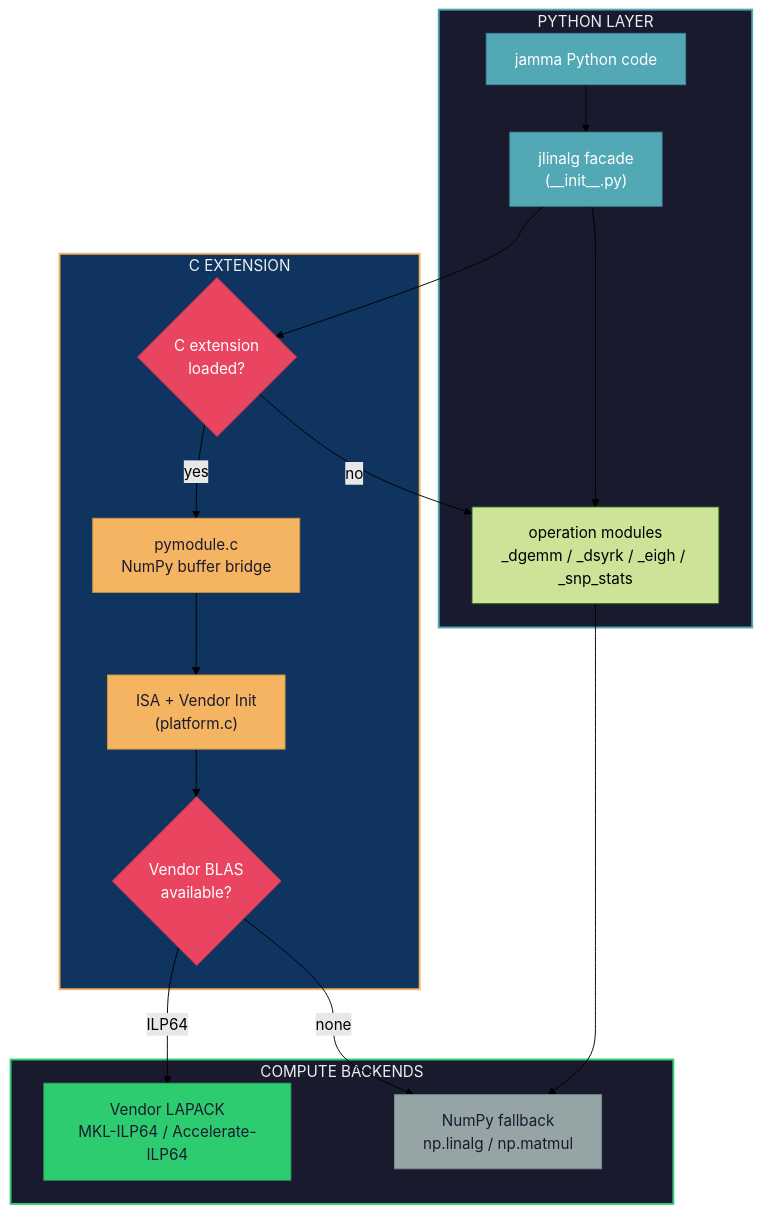
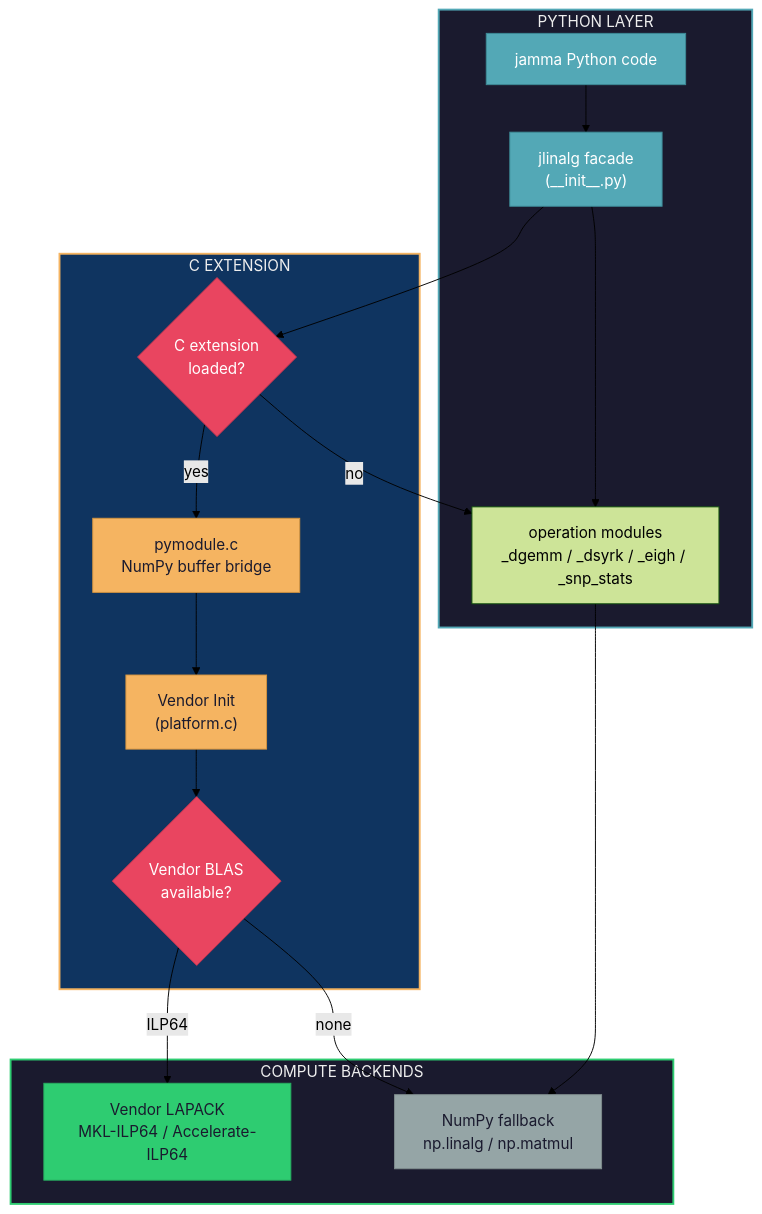
The first of 2 diagrams in docs/JLINALG_ARCHITECTURE.md (michael-denyer/jamma), drawn with Mermaid (forest theme) before and after one commit. The commit also changed other lines of this file and 6 other files, not shown here.

````diff
--- a/docs/JLINALG_ARCHITECTURE.md
+++ b/docs/JLINALG_ARCHITECTURE.md
@@ -13,43 +13,43 @@
 ```mermaid
 graph TD
     subgraph PYTHON["PYTHON LAYER"]
         A["jamma Python code"]
         B["jlinalg facade<br/>(__init__.py)"]
         OPS["operation modules<br/>_dgemm / _dsyrk / _eigh / _snp_stats"]
         A --> B
         B --> OPS
     end
 
     subgraph BRIDGE["C EXTENSION"]
         C{"C extension<br/>loaded?"}
         D["pymodule.c<br/>NumPy buffer bridge"]
-        F["ISA + Vendor Init<br/>(platform.c)"]
+        F["Vendor Init<br/>(platform.c)"]
         G{"Vendor BLAS<br/>available?"}
         D --> F --> G
     end
 
     subgraph BACKENDS["COMPUTE BACKENDS"]
         H["Vendor LAPACK<br/>MKL-ILP64 / Accelerate-ILP64"]
         E["NumPy fallback<br/>np.linalg / np.matmul"]
     end
 
     B --> C
     C -->|yes| D
     C -->|no| OPS
     OPS --> E
     G -->|ILP64| H
     G -->|none| E
 
     style PYTHON fill:#1a1a2e,stroke:#53a8b6,color:#eee,stroke-width:2px
     style BRIDGE fill:#0f3460,stroke:#f5b461,color:#eee,stroke-width:2px
     style BACKENDS fill:#1a1a2e,stroke:#2ecc71,color:#eee,stroke-width:2px
 
     style A fill:#53a8b6,stroke:#3d8a96,color:#fff
     style B fill:#53a8b6,stroke:#3d8a96,color:#fff
     style C fill:#e94560,stroke:#c73550,color:#fff
     style D fill:#f5b461,stroke:#d4943f,color:#1a1a2e
     style F fill:#f5b461,stroke:#d4943f,color:#1a1a2e
     style G fill:#e94560,stroke:#c73550,color:#fff
     style H fill:#2ecc71,stroke:#27ae60,color:#1a1a2e
     style E fill:#95a5a6,stroke:#7f8c8d,color:#1a1a2e
 ```
````
